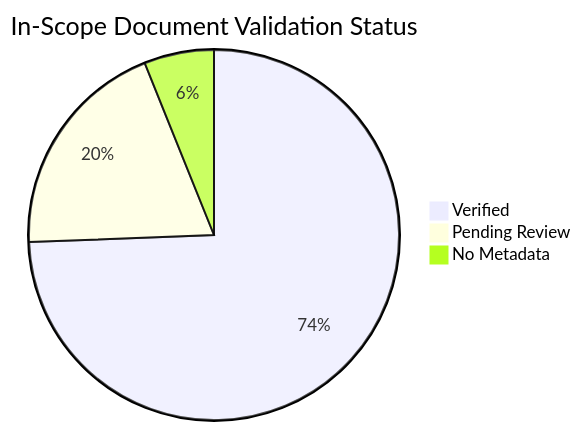
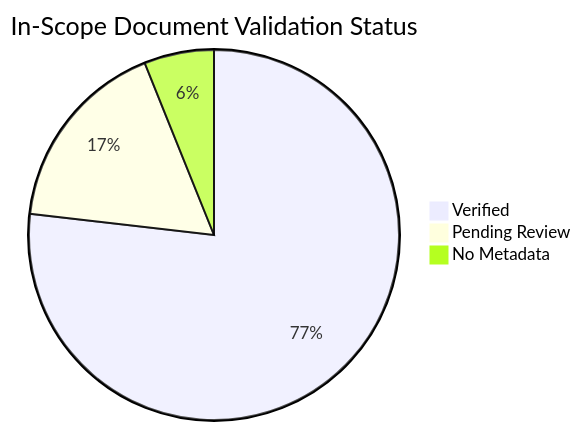
One commit to yeongseon/azure-container-apps-practical-guide changed the diagram in docs/reference/content-validation-status.md. Above: the diagram before and after it, drawn with Mermaid. The commit also changed other lines of this file and 4 other files, not shown here.

````diff
--- a/docs/reference/content-validation-status.md
+++ b/docs/reference/content-validation-status.md
@@ -25,6 +25,6 @@
 ```mermaid
 pie title In-Scope Document Validation Status
-    "Verified" : 122
-    "Pending Review" : 32
+    "Verified" : 126
+    "Pending Review" : 28
     "No Metadata" : 10
 ```
````
